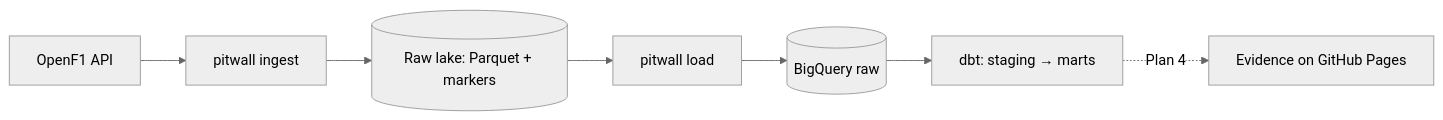
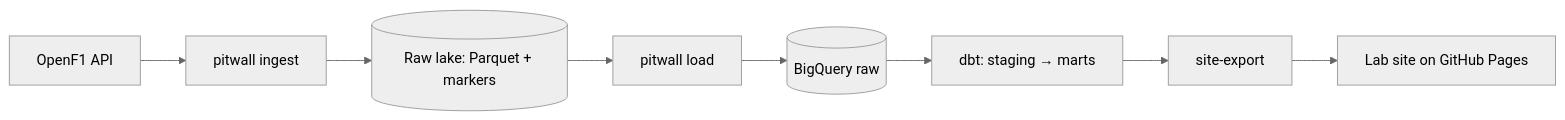
The diagram in README.md (TomasRipsky/pitwall), drawn with Mermaid (neutral theme) before and after one commit. The commit also changed other lines of this file and 34 other files, not shown here.

First line of the commit message:
feat(lab): portfolio site with the pitwall dashboard (data-engineering-lab#28)

````diff
--- a/README.md
+++ b/README.md
@@ -7,5 +9,5 @@
 ```mermaid
 flowchart LR
   api[OpenF1 API] --> ingest[pitwall ingest] --> lake[(Raw lake: Parquet + markers)]
-  lake --> load[pitwall load] --> bq[(BigQuery raw)] --> dbt[dbt: staging → marts] -. Plan 4 .-> site[Evidence on GitHub Pages]
+  lake --> load[pitwall load] --> bq[(BigQuery raw)] --> dbt[dbt: staging → marts] --> export[site-export] --> site[Lab site on GitHub Pages]
 ```
````
